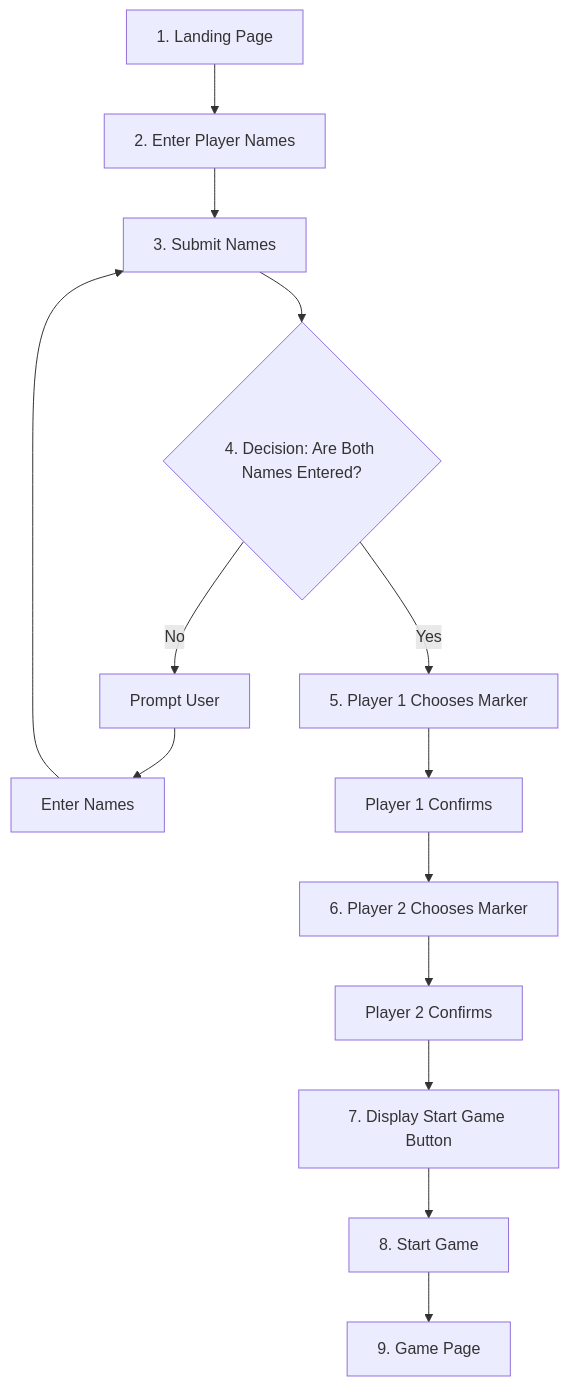
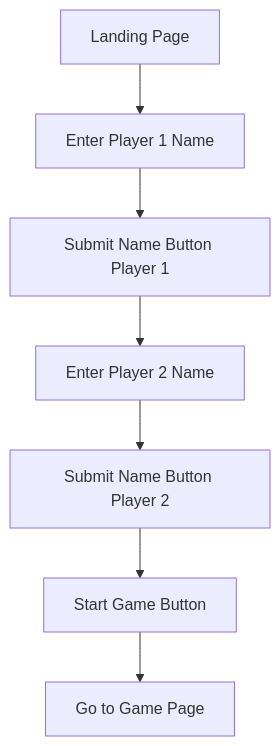
The diagram in ReadMe.md (Lawrence-le/roll-and-go-game), drawn with Mermaid before and after one commit. The commit also changed other lines of this file and 2 other files, not shown here.

````diff
--- a/ReadMe.md
+++ b/ReadMe.md
@@ -48,16 +41,9 @@
 ```mermaid
 flowchart TB
-    B[1. Landing Page] --> C[2. Enter Player Names]
-    C --> D[3. Submit Names]
-    D --> E{4. Decision: Are Both Names Entered?}
-    E -->|No| F[Prompt User]
-    F --> G[Enter Names]
-    G --> D
-    E -->|Yes| H[5. Player 1 Chooses Marker]
-    H --> I[Player 1 Confirms]
-    I --> J[6. Player 2 Chooses Marker]
-    J --> K[Player 2 Confirms]
-    K --> L[7. Display Start Game Button]
-    L --> M[8. Start Game]
-    M --> N[9. Game Page]
+    LP[Landing Page] --> EP1[Enter Player 1 Name]
+    EP1 --> SN1[Submit Name Button Player 1]
+    SN1 --> EP2[Enter Player 2 Name]
+    EP2 --> SN2[Submit Name Button Player 2]
+    SN2 --> SGB[Start Game Button]
+    SGB --> GP[Go to Game Page]
 ```
````
